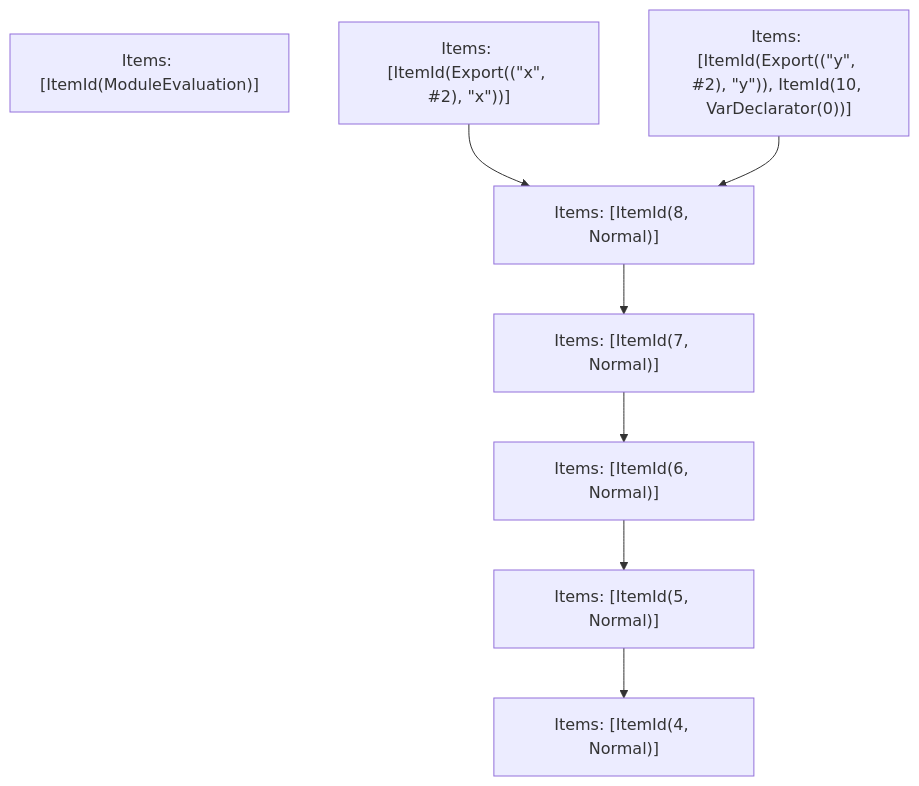
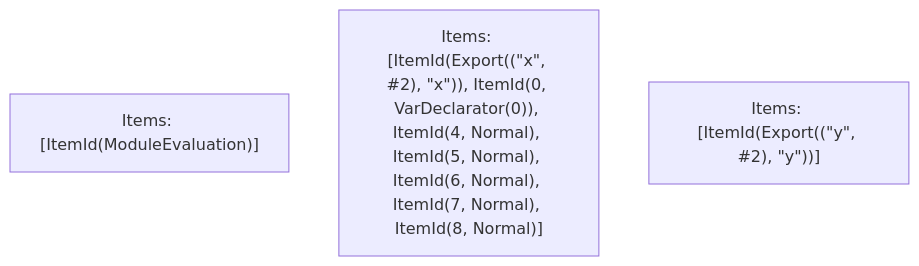
Before and after one commit to vercel/turborepo: the fifth of 5 diagrams in crates/turbopack-ecmascript/tests/tree-shaker/analyzer/grouping/output.md, drawn with Mermaid. The commit also changed other lines of this file and 20 other files, not shown here.

````diff
--- a/crates/turbopack-ecmascript/tests/tree-shaker/analyzer/grouping/output.md
+++ b/crates/turbopack-ecmascript/tests/tree-shaker/analyzer/grouping/output.md
@@ -200,17 +229,6 @@
 ```mermaid
 graph TD
     N0["Items: [ItemId(ModuleEvaluation)]"];
-    N1["Items: [ItemId(Export((&quot;x&quot;, #2), &quot;x&quot;))]"];
-    N2["Items: [ItemId(Export((&quot;y&quot;, #2), &quot;y&quot;)), ItemId(10, VarDeclarator(0))]"];
-    N3["Items: [ItemId(4, Normal)]"];
-    N4["Items: [ItemId(5, Normal)]"];
-    N5["Items: [ItemId(6, Normal)]"];
-    N6["Items: [ItemId(7, Normal)]"];
-    N7["Items: [ItemId(8, Normal)]"];
-    N1 --> N7;
-    N2 --> N7;
-    N4 --> N3;
-    N5 --> N4;
-    N6 --> N5;
-    N7 --> N6;
+    N1["Items: [ItemId(Export((&quot;x&quot;, #2), &quot;x&quot;)), ItemId(0, VarDeclarator(0)), ItemId(4, Normal), ItemId(5, Normal), ItemId(6, Normal), ItemId(7, Normal), ItemId(8, Normal)]"];
+    N2["Items: [ItemId(Export((&quot;y&quot;, #2), &quot;y&quot;))]"];
 ```
````
